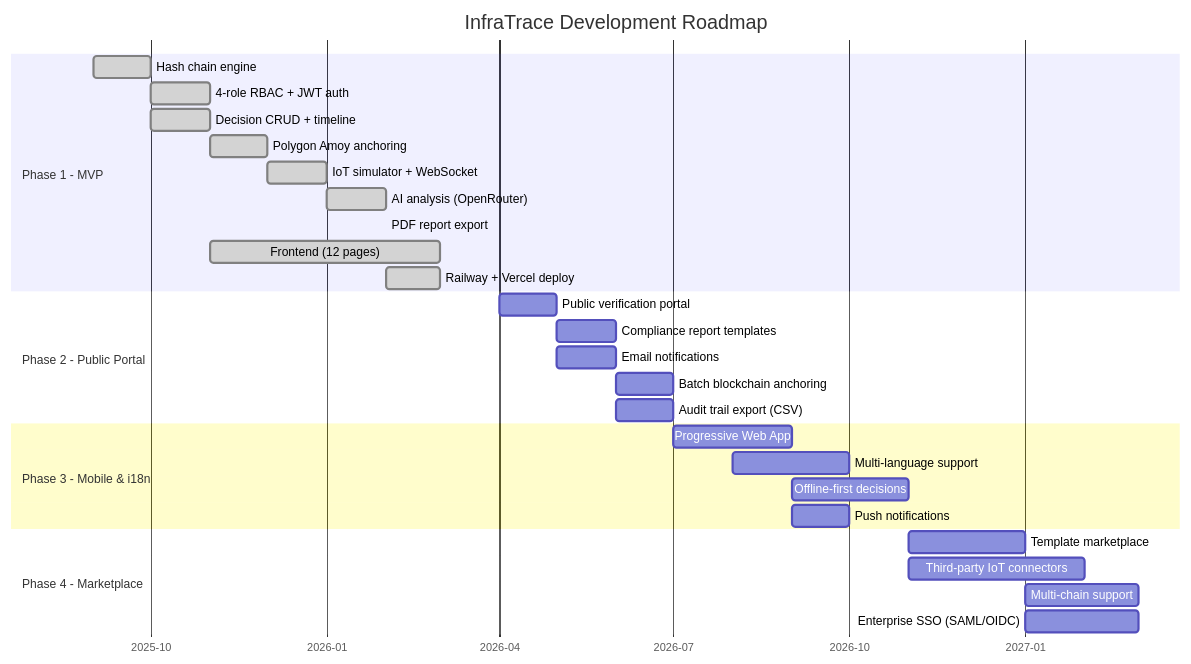
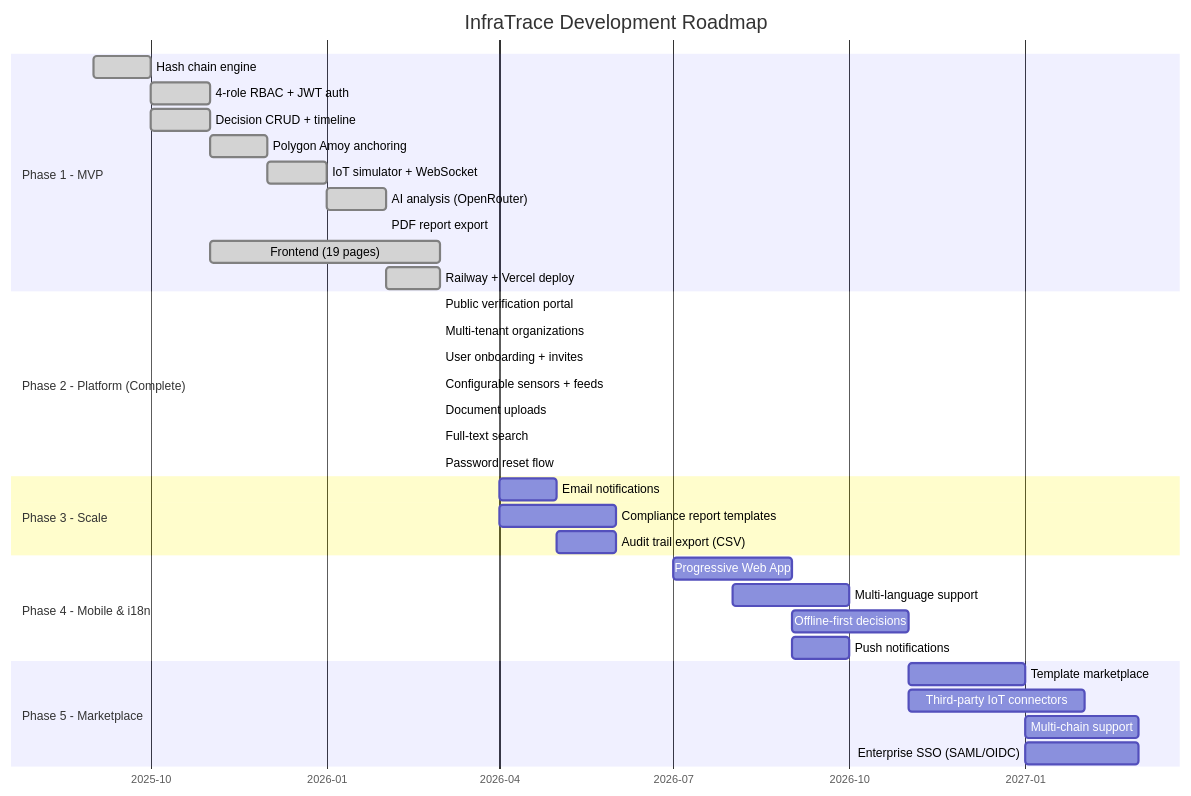
Diagram 14 of 19 in README.md (infratracer/infratrace), drawn with Mermaid before and after one commit. The commit also changed other lines of this file, not shown here.

First line of the commit message:
docs: README fully updated — 19 pages, Phase 2 complete, real credentials, accurate roadmap

````diff
--- a/README.md
+++ b/README.md
@@ -1377,36 +1386,43 @@
 ```mermaid
 gantt
     title InfraTrace Development Roadmap
     dateFormat YYYY-MM
     axisFormat %Y-%m
 
     section Phase 1 - MVP
     Hash chain engine           :done, p1a, 2025-09, 2025-10
     4-role RBAC + JWT auth      :done, p1b, 2025-10, 2025-11
     Decision CRUD + timeline    :done, p1c, 2025-10, 2025-11
     Polygon Amoy anchoring      :done, p1d, 2025-11, 2025-12
     IoT simulator + WebSocket   :done, p1e, 2025-12, 2026-01
     AI analysis (OpenRouter)    :done, p1f, 2026-01, 2026-02
     PDF report export           :done, p1g, 2026-02, 2026-02
-    Frontend (12 pages)         :done, p1h, 2025-11, 2026-03
+    Frontend (19 pages)         :done, p1h, 2025-11, 2026-03
     Railway + Vercel deploy     :done, p1i, 2026-02, 2026-03
 
-    section Phase 2 - Public Portal
-    Public verification portal  :p2a, 2026-04, 2026-05
-    Compliance report templates :p2b, 2026-05, 2026-06
-    Email notifications         :p2c, 2026-05, 2026-06
-    Batch blockchain anchoring  :p2d, 2026-06, 2026-07
-    Audit trail export (CSV)    :p2e, 2026-06, 2026-07
+    section Phase 2 - Platform (Complete)
+    Public verification portal  :done, p2a, 2026-03, 2026-03
+    Multi-tenant organizations  :done, p2b, 2026-03, 2026-03
+    User onboarding + invites   :done, p2c, 2026-03, 2026-03
+    Configurable sensors + feeds:done, p2d, 2026-03, 2026-03
+    Document uploads            :done, p2e, 2026-03, 2026-03
+    Full-text search            :done, p2f, 2026-03, 2026-03
+    Password reset flow         :done, p2g, 2026-03, 2026-03
 
-    section Phase 3 - Mobile & i18n
-    Progressive Web App         :p3a, 2026-07, 2026-09
-    Multi-language support      :p3b, 2026-08, 2026-10
-    Offline-first decisions     :p3c, 2026-09, 2026-11
-    Push notifications          :p3d, 2026-09, 2026-10
+    section Phase 3 - Scale
+    Email notifications         :p3a, 2026-04, 2026-05
+    Compliance report templates :p3b, 2026-04, 2026-06
+    Audit trail export (CSV)    :p3c, 2026-05, 2026-06
 
-    section Phase 4 - Marketplace
+    section Phase 4 - Mobile & i18n
+    Progressive Web App         :p4a, 2026-07, 2026-09
+    Multi-language support      :p4b, 2026-08, 2026-10
+    Offline-first decisions     :p4c, 2026-09, 2026-11
+    Push notifications          :p4d, 2026-09, 2026-10
+
+    section Phase 5 - Marketplace
     Template marketplace        :p4a, 2026-11, 2027-01
     Third-party IoT connectors  :p4b, 2026-11, 2027-02
     Multi-chain support         :p4c, 2027-01, 2027-03
     Enterprise SSO (SAML/OIDC)  :p4d, 2027-01, 2027-03
 ```
````
